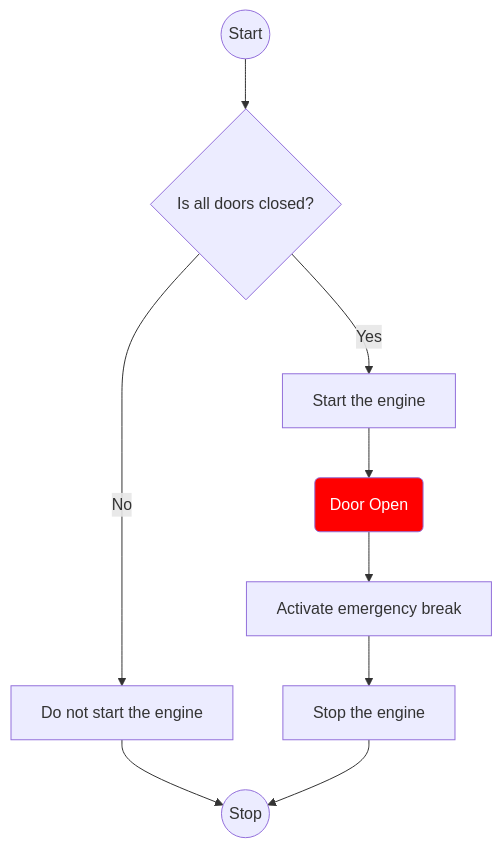
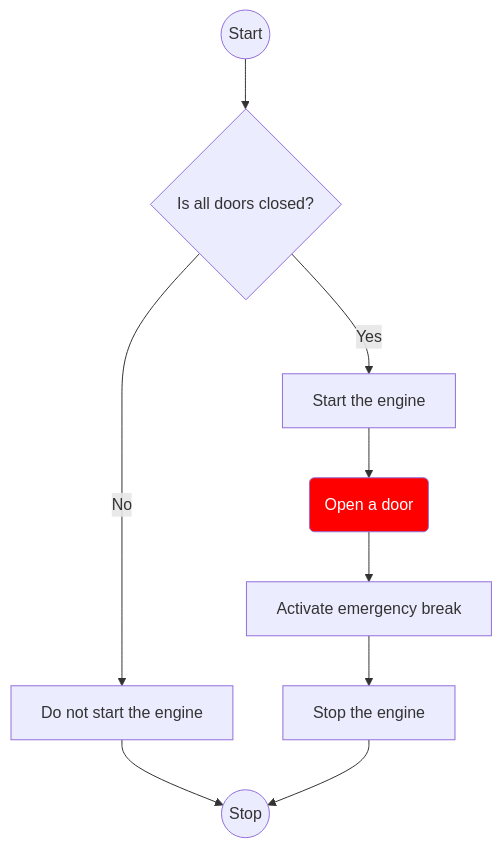
Before and after one commit to Arnab-Developer/TrainSystem: the diagram in README.md, drawn with Mermaid.

````diff
--- a/README.md
+++ b/README.md
@@ -5,25 +5,25 @@
 ```mermaid
 flowchart
 
 Start@{ shape: circle, label: "Start" }
 Stop@{ shape: circle, label: "Stop" }
 
 IsAllDoorClosed@{ shape: diamond, label: "Is all doors closed?" }
 TrainStart@{ shape: rect, label: "Start the engine" }
 TrainDoNotStart@{ shape: rect, label: "Do not start the engine" }
-DoorOpen@{ shape: event, label: "Door Open" }
+DoorOpen@{ shape: event, label: "Open a door" }
 EmergencyBreak@{ shape: rect, label: "Activate emergency break" }
 StopTrain@{ shape: rect, label: "Stop the engine" }
 
 style DoorOpen fill:red, color: white
 
 Start --> IsAllDoorClosed
 IsAllDoorClosed -- Yes --> TrainStart
 IsAllDoorClosed -- No --> TrainDoNotStart
 TrainDoNotStart --> Stop
 
 TrainStart --> DoorOpen
 DoorOpen --> EmergencyBreak
 EmergencyBreak --> StopTrain
 StopTrain --> Stop
 ```
````
